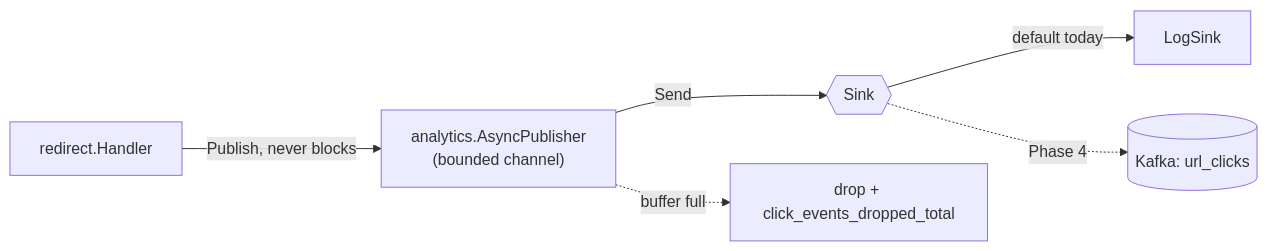
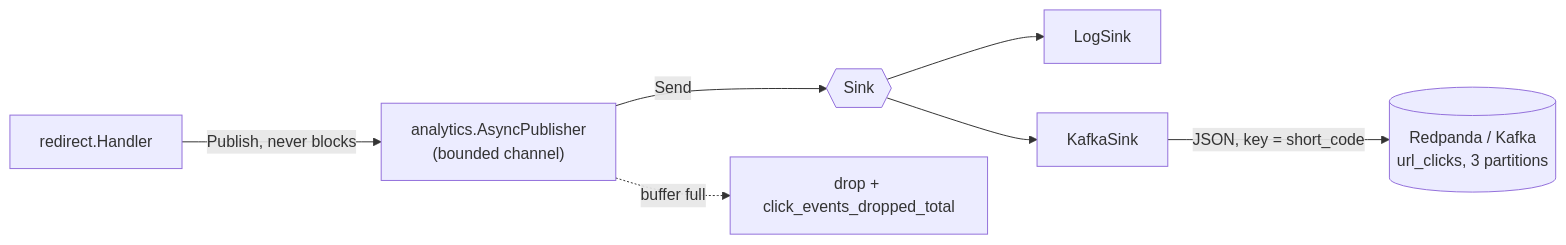
The second of 3 diagrams in docs/architecture/README.md (JathinShyam/NexusLink), drawn with Mermaid before and after one commit. The commit also changed other lines of this file and 14 other files, not shown here.

First line of the commit message:
feat(analytics): add Kafka sink and opt-in Redpanda broker

````diff
--- a/docs/architecture/README.md
+++ b/docs/architecture/README.md
@@ -59,8 +59,9 @@
 ```mermaid
 flowchart LR
     RED[redirect.Handler] -->|Publish, never blocks| AP["analytics.AsyncPublisher<br/>(bounded channel)"]
     AP -->|Send| Sink{{Sink}}
-    Sink -->|default today| Log[LogSink]
-    Sink -.->|Phase 4| Kafka[(Kafka: url_clicks)]
+    Sink --> Log[LogSink]
+    Sink --> K[KafkaSink]
+    K -->|JSON, key = short_code| Kafka[(Redpanda / Kafka<br/>url_clicks, 3 partitions)]
     AP -.->|buffer full| Drop[drop + click_events_dropped_total]
 ```
````
